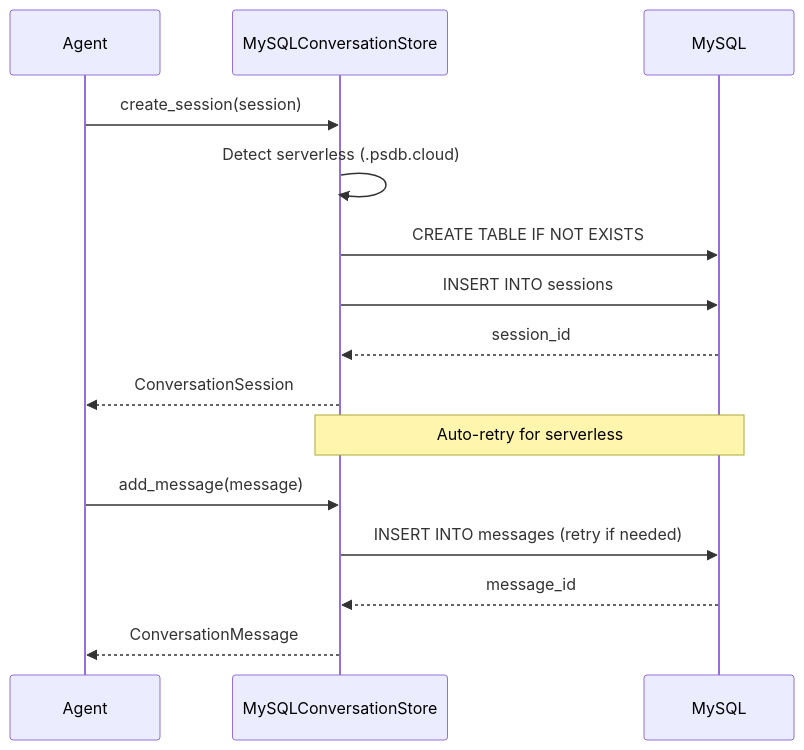
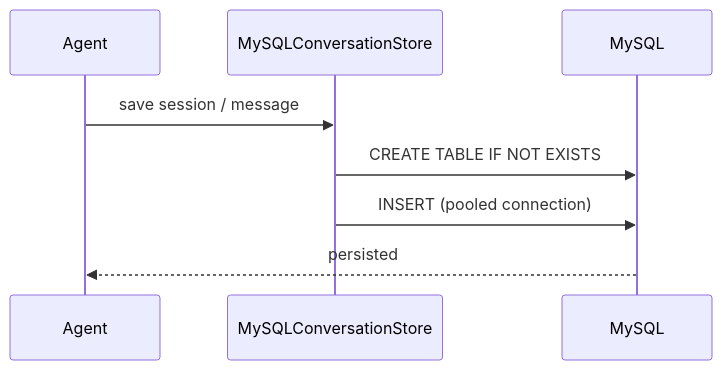
One commit to MervinPraison/PraisonAIDocs changed the second of 2 diagrams in docs/features/persistence-conversation-mysql.mdx. Above: the diagram before and after it, drawn with Mermaid. The commit also changed other lines of this file and 4 other files, not shown here.

````diff
--- a/docs/features/persistence-conversation-mysql.mdx
+++ b/docs/features/persistence-conversation-mysql.mdx
@@ -93,19 +89,11 @@
 ```mermaid
 sequenceDiagram
     participant Agent
     participant Store as MySQLConversationStore
     participant MySQL
-    
-    Agent->>Store: create_session(session)
-    Store->>Store: Detect serverless (.psdb.cloud)
+
+    Agent->>Store: save session / message
     Store->>MySQL: CREATE TABLE IF NOT EXISTS
-    Store->>MySQL: INSERT INTO sessions
-    MySQL-->>Store: session_id
-    Store-->>Agent: ConversationSession
-    
-    Note over Store,MySQL: Auto-retry for serverless
-    Agent->>Store: add_message(message)
-    Store->>MySQL: INSERT INTO messages (retry if needed)
-    MySQL-->>Store: message_id
-    Store-->>Agent: ConversationMessage
+    Store->>MySQL: INSERT (pooled connection)
+    MySQL-->>Agent: persisted
 ```
````
